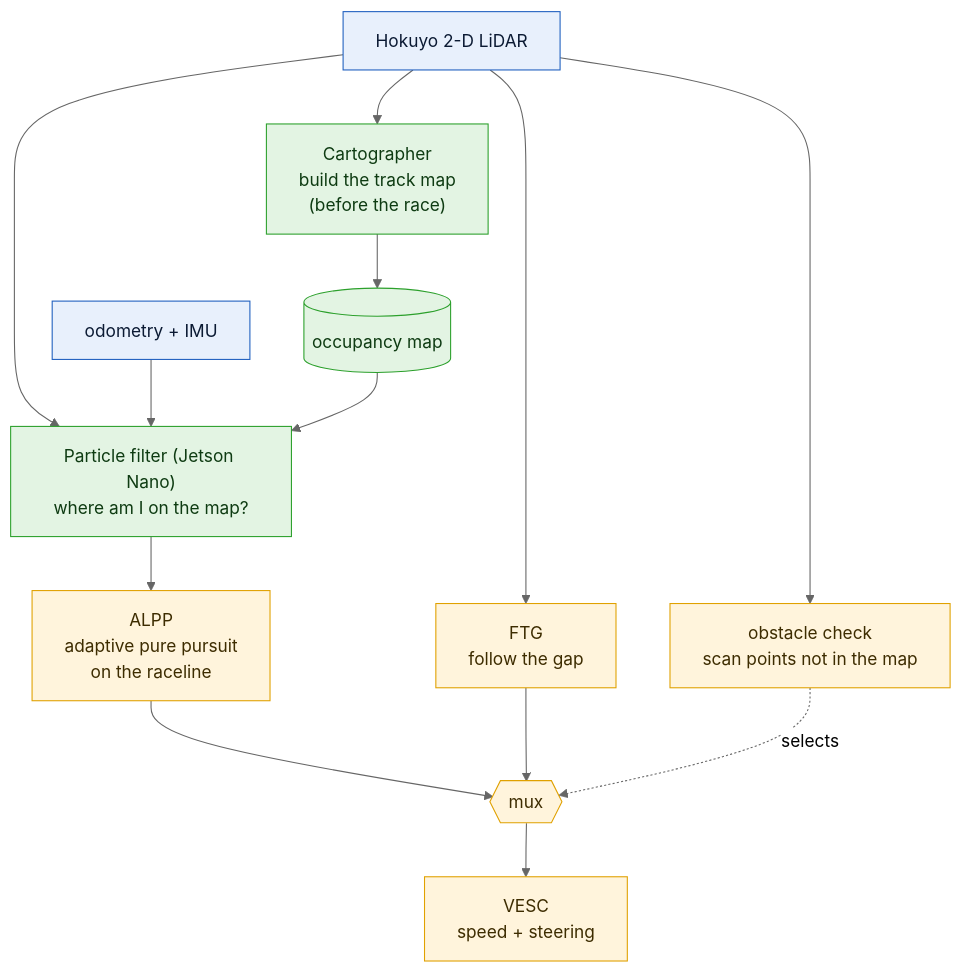
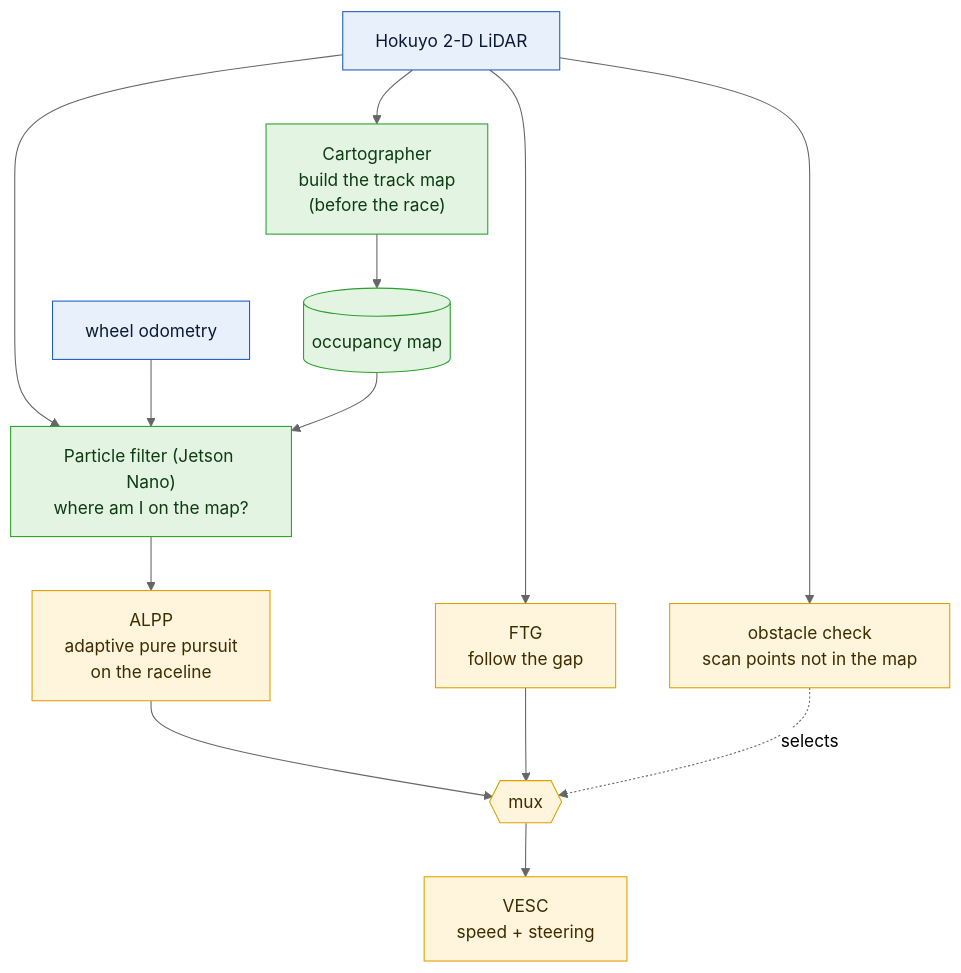
One commit to krunalvaghela1262-eng/SEDRICA-AUTONOMOUS-DRIVING changed the second of 2 diagrams in README.md. Above: the diagram before and after it, drawn with Mermaid (neutral theme). The commit also changed other lines of this file and 1 other file, not shown here.

Commit message:
RoboRacer: remove IMU from the hardware description

````diff
--- a/README.md
+++ b/README.md
@@ -81,21 +80,21 @@
 ```mermaid
 flowchart TD
     Li["Hokuyo 2-D LiDAR"] --> C["Cartographer<br/>build the track map<br/>(before the race)"]
     C --> Map[("occupancy map")]
     Li --> PF["Particle filter (Jetson Nano)<br/>where am I on the map?"]
-    O["odometry + IMU"] --> PF
+    O["wheel odometry"] --> PF
     Map --> PF
     PF --> A["ALPP<br/>adaptive pure pursuit<br/>on the raceline"]
     Li --> F["FTG<br/>follow the gap"]
     Li --> Det["obstacle check<br/>scan points not in the map"]
     A --> MX{{"mux"}}
     F --> MX
     Det -. selects .-> MX
     MX --> V["VESC<br/>speed + steering"]
     classDef s fill:#e8f0fc,stroke:#1f5fbf,color:#0b1a33
     classDef p fill:#e3f4e3,stroke:#2ca02c,color:#0e3b12
     classDef c fill:#fff4dc,stroke:#e0a100,color:#3d2c00
     class Li,O s
     class C,Map,PF p
     class A,F,Det,MX,V c
 ```
````
